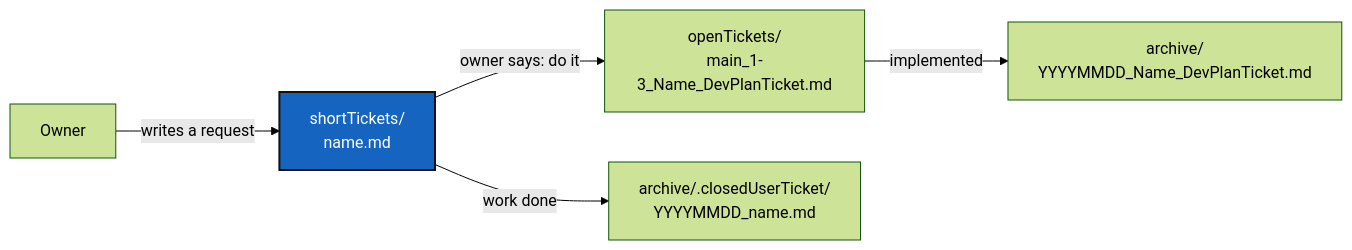
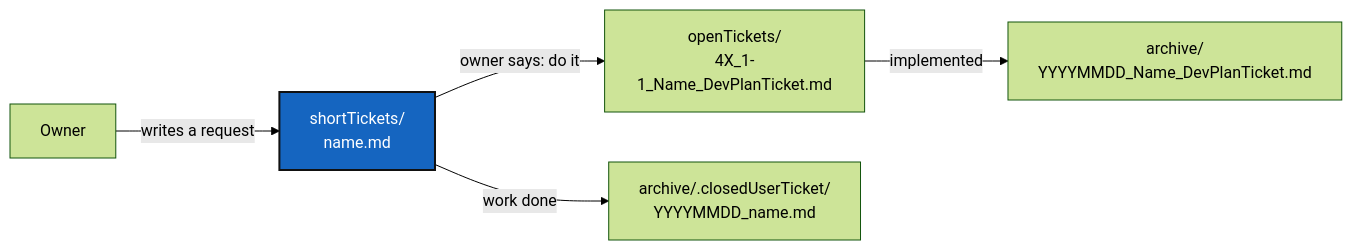
The diagram in DevTickets/README.md (flipoyo/.dev), drawn with Mermaid (forest theme) before and after one commit. The commit also changed other lines of this file and 334 other files, not shown here.

````diff
--- a/DevTickets/README.md
+++ b/DevTickets/README.md
@@ -40,10 +36,10 @@
 ```mermaid
 graph LR
     U["Owner"] -->|writes a request| S["shortTickets/<br/>name.md"]
-    S -->|"owner says: do it"| O["openTickets/<br/>main_1-3_Name_DevPlanTicket.md"]
+    S -->|"owner says: do it"| O["openTickets/<br/>4X_1-1_Name_DevPlanTicket.md"]
     S -->|"work done"| C["archive/.closedUserTicket/<br/>YYYYMMDD_name.md"]
     O -->|implemented| A["archive/<br/>YYYYMMDD_Name_DevPlanTicket.md"]
 
     classDef here fill:#1565C0,color:#fff,stroke:#111,stroke-width:2px;
     class S here;
 ```
````
